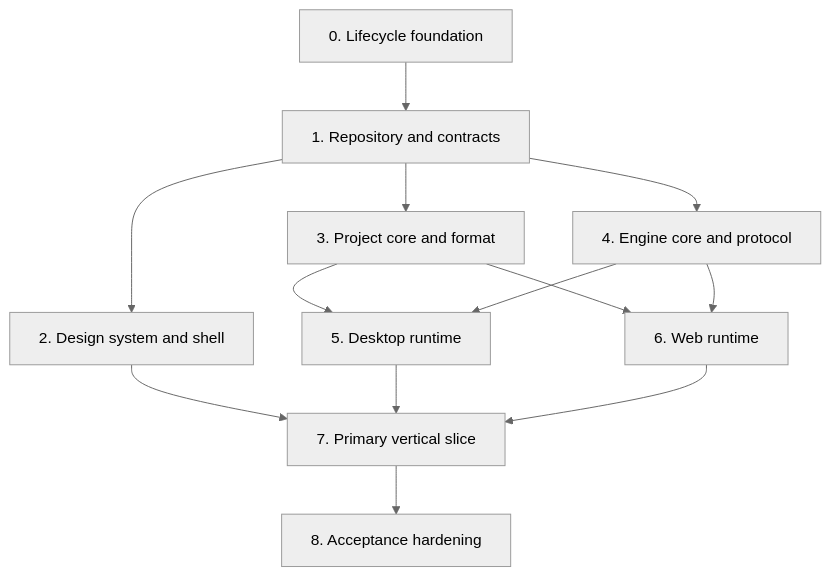
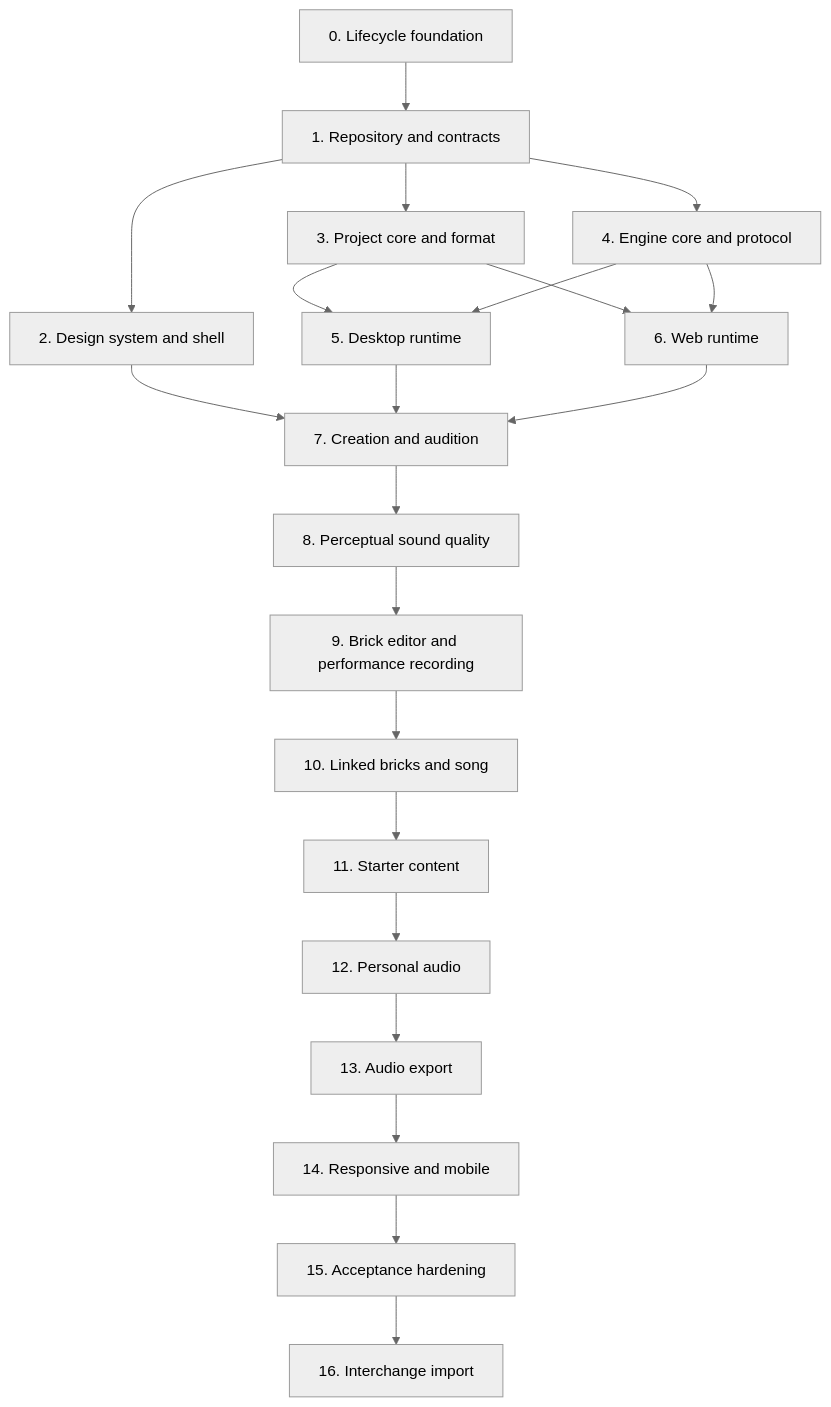
Before and after one commit to Arctic-beaver/Tiempio: the diagram in docs/project-plan/APPLICATION_SKELETON.md, drawn with Mermaid (neutral theme). The commit also changed other lines of this file and 29 other files, not shown here.

Commit message:
Document extended product roadmap

````diff
--- a/docs/project-plan/APPLICATION_SKELETON.md
+++ b/docs/project-plan/APPLICATION_SKELETON.md
@@ -142,15 +173,23 @@
 ```mermaid
 flowchart TD
     Stage0["0. Lifecycle foundation"] --> Stage1["1. Repository and contracts"]
     Stage1 --> Stage2["2. Design system and shell"]
     Stage1 --> Stage3["3. Project core and format"]
     Stage1 --> Stage4["4. Engine core and protocol"]
     Stage3 --> Stage5["5. Desktop runtime"]
     Stage4 --> Stage5
     Stage3 --> Stage6["6. Web runtime"]
     Stage4 --> Stage6
-    Stage2 --> Stage7["7. Primary vertical slice"]
+    Stage2 --> Stage7["7. Creation and audition"]
     Stage5 --> Stage7
     Stage6 --> Stage7
-    Stage7 --> Stage8["8. Acceptance hardening"]
+    Stage7 --> Stage8["8. Perceptual sound quality"]
+    Stage8 --> Stage9["9. Brick editor and performance recording"]
+    Stage9 --> Stage10["10. Linked bricks and song"]
+    Stage10 --> Stage11["11. Starter content"]
+    Stage11 --> Stage12["12. Personal audio"]
+    Stage12 --> Stage13["13. Audio export"]
+    Stage13 --> Stage14["14. Responsive and mobile"]
+    Stage14 --> Stage15["15. Acceptance hardening"]
+    Stage15 --> Stage16["16. Interchange import"]
 ```
````
